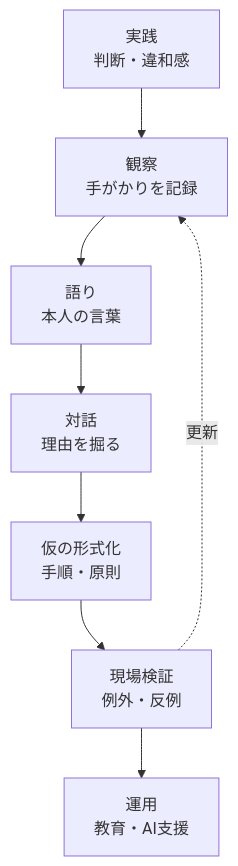
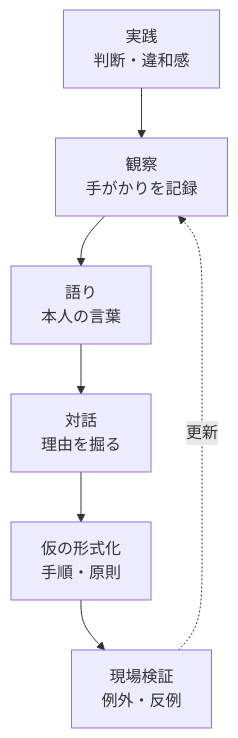
The first of 3 diagrams in src/content/blog/tacit-knowledge-business-theory.mdx (daylight55/research), drawn with Mermaid before and after one commit. The commit also changed other lines of this file and 20 other files, not shown here.

Commit message:
Mermaid図の表示サイズを調整

````diff
--- a/src/content/blog/tacit-knowledge-business-theory.mdx
+++ b/src/content/blog/tacit-knowledge-business-theory.mdx
@@ -34,10 +34,9 @@
 ```mermaid
 flowchart TD
   A["実践<br/>判断・違和感"] --> B["観察<br/>手がかりを記録"]
   B --> C["語り<br/>本人の言葉"]
   C --> D["対話<br/>理由を掘る"]
   D --> E["仮の形式化<br/>手順・原則"]
   E --> F["現場検証<br/>例外・反例"]
-  F --> G["運用<br/>教育・AI支援"]
   F -. 更新 .-> B
 ```
````
